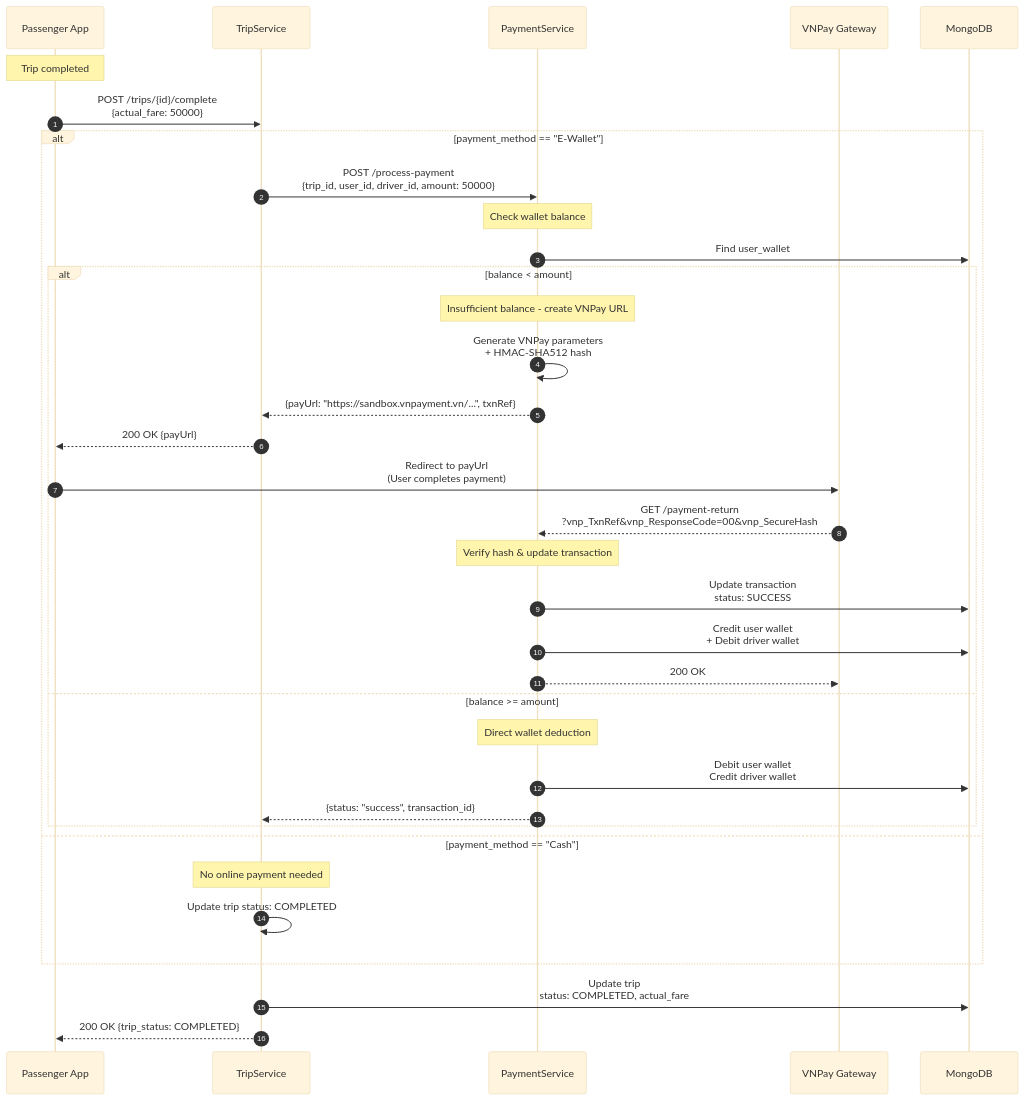
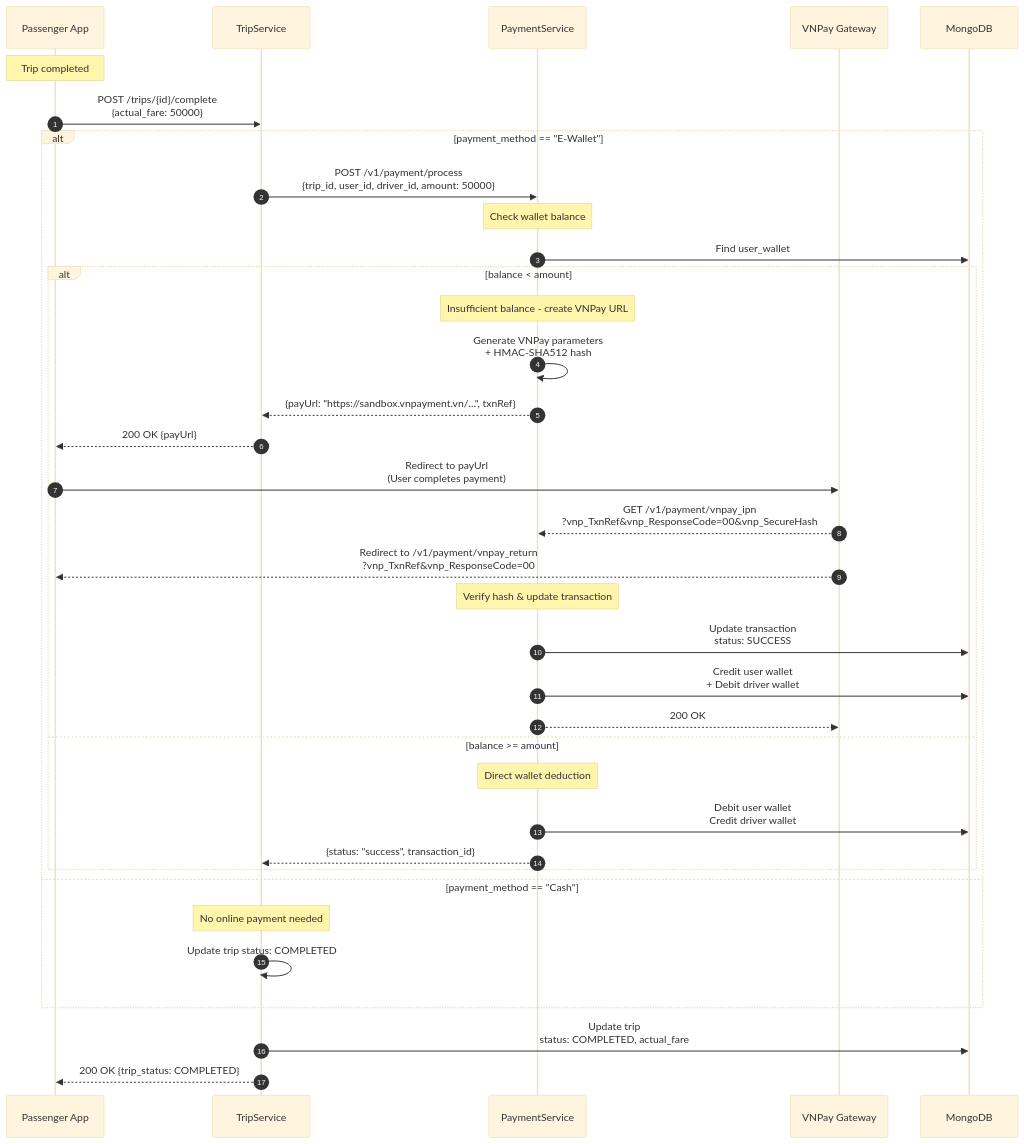
Before and after one commit to luuquanghuy-ui/se360-uit-go: the seventh of 8 diagrams in docs/ARCHITECTURE.md, drawn with Mermaid (base theme). The commit also changed other lines of this file and 3 other files, not shown here.

````diff
--- a/docs/ARCHITECTURE.md
+++ b/docs/ARCHITECTURE.md
@@ -370,46 +379,47 @@
 ```mermaid
 sequenceDiagram
     autonumber
     participant PA as Passenger App
     participant TS as TripService
     participant PS as PaymentService
     participant VNPAY as VNPay Gateway
     participant MONGO as MongoDB
 
     Note over PA: Trip completed
     PA->>TS: POST /trips/{id}/complete<br/>{actual_fare: 50000}
 
     alt payment_method == "E-Wallet"
-        TS->>PS: POST /process-payment<br/>{trip_id, user_id, driver_id, amount: 50000}
+        TS->>PS: POST /v1/payment/process<br/>{trip_id, user_id, driver_id, amount: 50000}
 
         Note over PS: Check wallet balance
         PS->>MONGO: Find user_wallet
 
         alt balance < amount
             Note over PS: Insufficient balance - create VNPay URL
             PS->>PS: Generate VNPay parameters<br/>+ HMAC-SHA512 hash
             PS-->>TS: {payUrl: "https://sandbox.vnpayment.vn/...", txnRef}
             TS-->>PA: 200 OK {payUrl}
 
             PA->>VNPAY: Redirect to payUrl<br/>(User completes payment)
-            VNPAY-->>PS: GET /payment-return<br/>?vnp_TxnRef&vnp_ResponseCode=00&vnp_SecureHash
+            VNPAY-->>PS: GET /v1/payment/vnpay_ipn<br/>?vnp_TxnRef&vnp_ResponseCode=00&vnp_SecureHash
+            VNPAY-->>PA: Redirect to /v1/payment/vnpay_return<br/>?vnp_TxnRef&vnp_ResponseCode=00
 
             Note over PS: Verify hash & update transaction
             PS->>MONGO: Update transaction<br/>status: SUCCESS
             PS->>MONGO: Credit user wallet<br/>+ Debit driver wallet
             PS-->>VNPAY: 200 OK
 
         else balance >= amount
             Note over PS: Direct wallet deduction
             PS->>MONGO: Debit user wallet<br/>Credit driver wallet
             PS-->>TS: {status: "success", transaction_id}
         end
 
     else payment_method == "Cash"
         Note over TS: No online payment needed
         TS->>TS: Update trip status: COMPLETED
     end
 
     TS->>MONGO: Update trip<br/>status: COMPLETED, actual_fare
     TS-->>PA: 200 OK {trip_status: COMPLETED}
 ```
````
